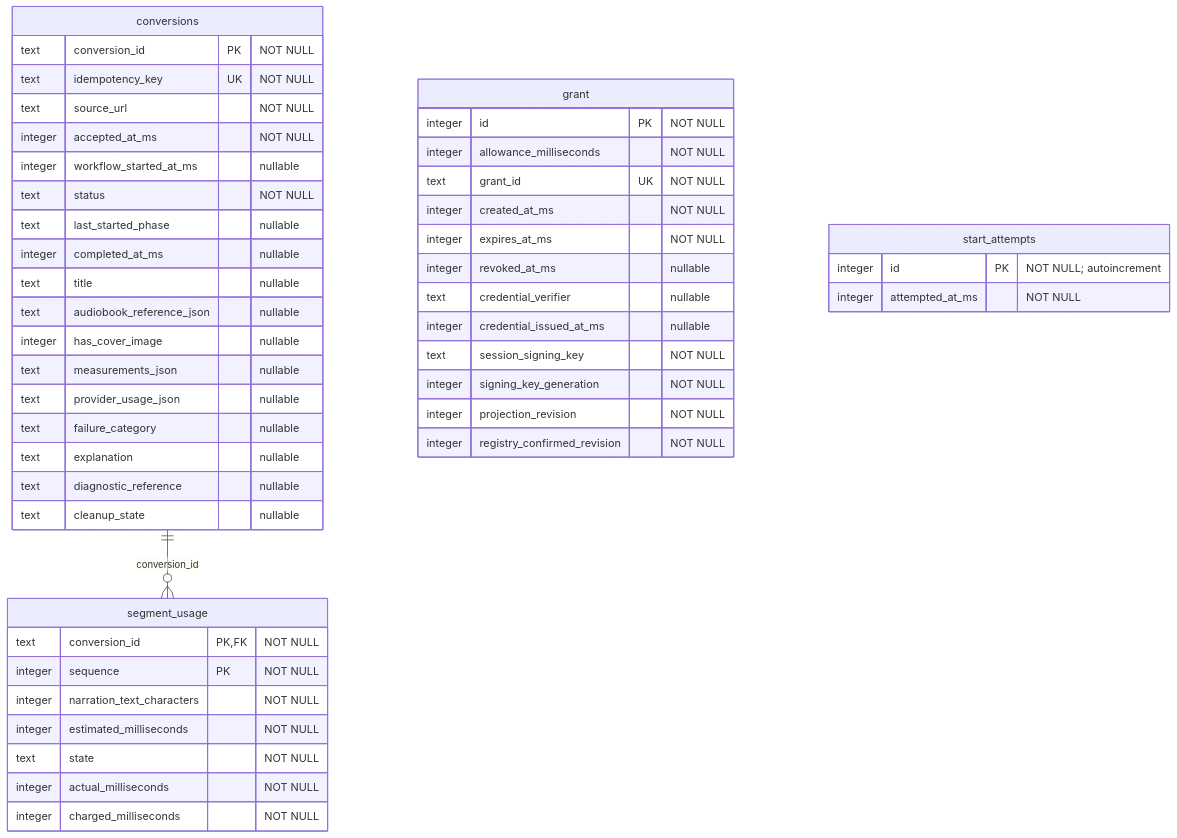
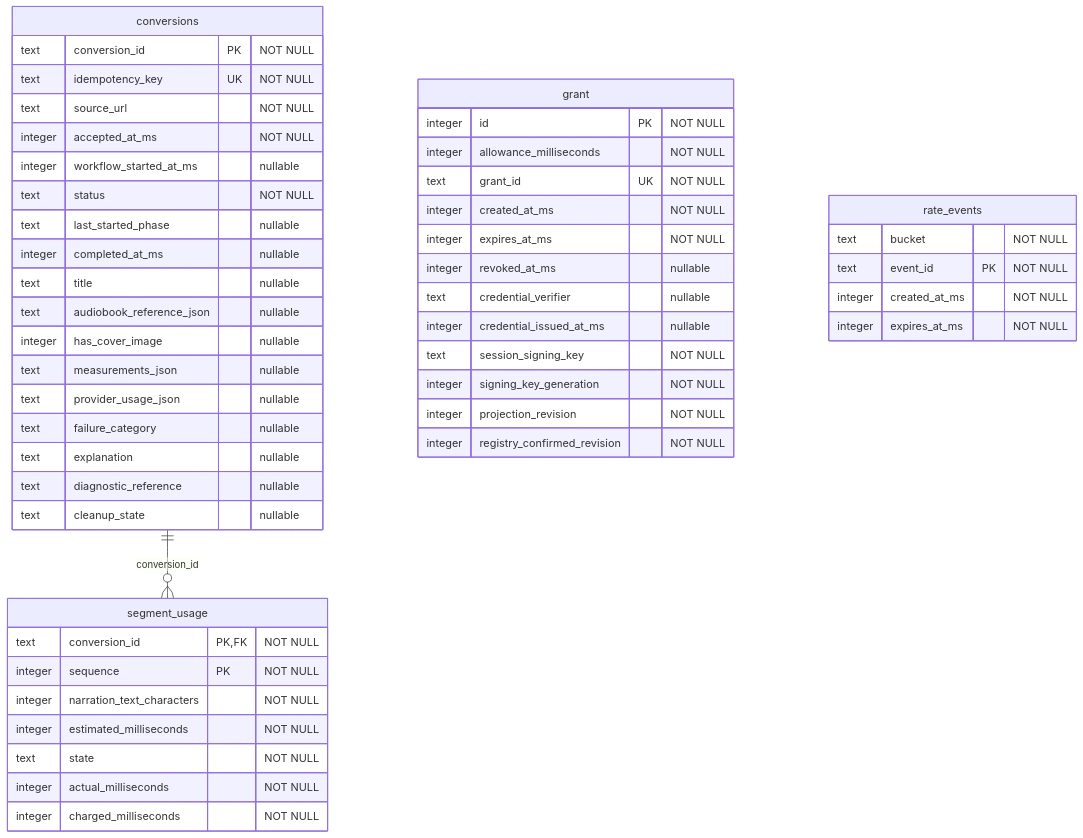
One commit to patricktree/cup changed the second of 4 diagrams in docs/architecture/durable-object-storage.md. Above: the diagram before and after it, drawn with Mermaid. The commit also changed other lines of this file and 43 other files, not shown here.

First line of the commit message:
refactor(storage): share grant rate events and constrain account deletion columns (#16)

````diff
--- a/docs/architecture/durable-object-storage.md
+++ b/docs/architecture/durable-object-storage.md
@@ -137,50 +139,52 @@
 ```mermaid
 erDiagram
     conversions {
         text conversion_id PK "NOT NULL"
         text idempotency_key UK "NOT NULL"
         text source_url "NOT NULL"
         integer accepted_at_ms "NOT NULL"
         integer workflow_started_at_ms "nullable"
         text status "NOT NULL"
         text last_started_phase "nullable"
         integer completed_at_ms "nullable"
         text title "nullable"
         text audiobook_reference_json "nullable"
         integer has_cover_image "nullable"
         text measurements_json "nullable"
         text provider_usage_json "nullable"
         text failure_category "nullable"
         text explanation "nullable"
         text diagnostic_reference "nullable"
         text cleanup_state "nullable"
     }
     grant {
         integer id PK "NOT NULL"
         integer allowance_milliseconds "NOT NULL"
         text grant_id UK "NOT NULL"
         integer created_at_ms "NOT NULL"
         integer expires_at_ms "NOT NULL"
         integer revoked_at_ms "nullable"
         text credential_verifier "nullable"
         integer credential_issued_at_ms "nullable"
         text session_signing_key "NOT NULL"
         integer signing_key_generation "NOT NULL"
         integer projection_revision "NOT NULL"
         integer registry_confirmed_revision "NOT NULL"
     }
     segment_usage {
         text conversion_id PK, FK "NOT NULL"
         integer sequence PK "NOT NULL"
         integer narration_text_characters "NOT NULL"
         integer estimated_milliseconds "NOT NULL"
         text state "NOT NULL"
         integer actual_milliseconds "NOT NULL"
         integer charged_milliseconds "NOT NULL"
     }
-    start_attempts {
-        integer id PK "NOT NULL; autoincrement"
-        integer attempted_at_ms "NOT NULL"
+    rate_events {
+        text bucket "NOT NULL"
+        text event_id PK "NOT NULL"
+        integer created_at_ms "NOT NULL"
+        integer expires_at_ms "NOT NULL"
     }
     conversions ||--o{ segment_usage : "conversion_id"
 ```
````
